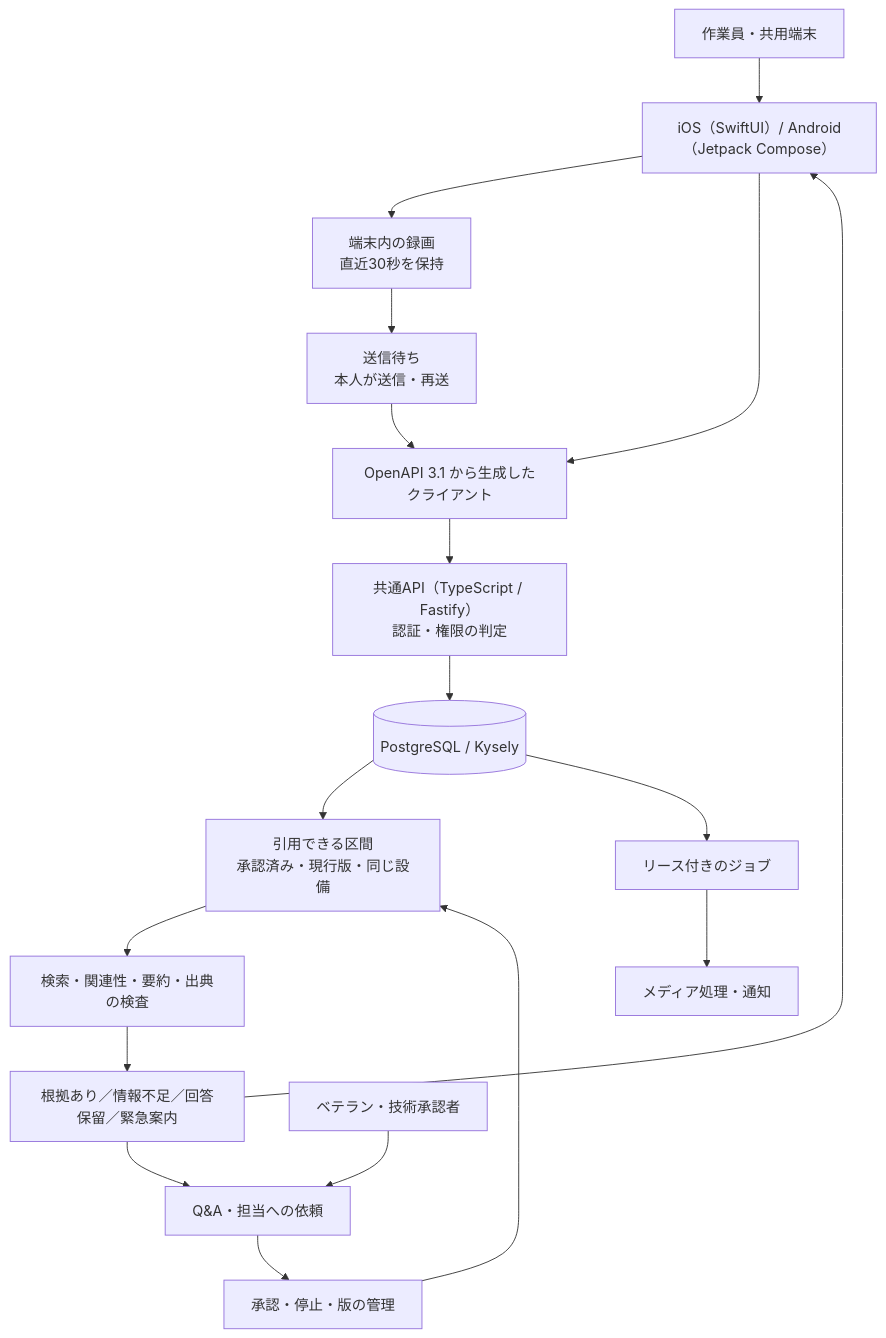
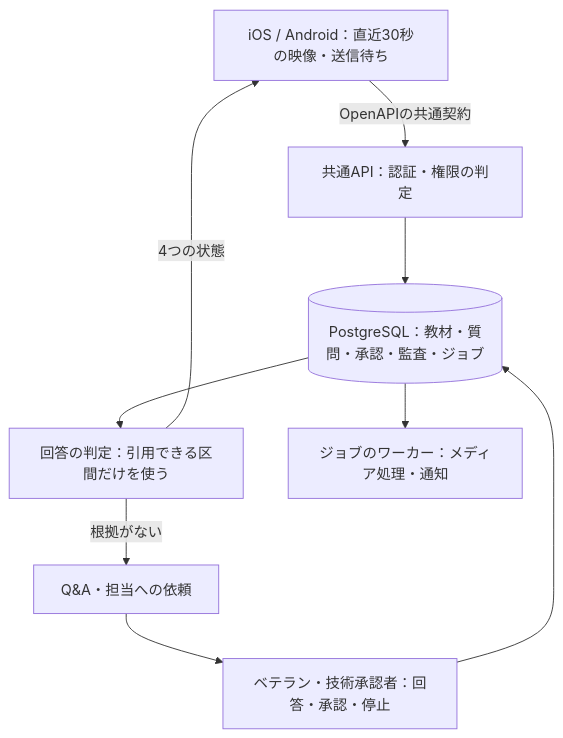
One commit to Technarra/kojo-portfolio changed the first of 2 diagrams in docs/05_architecture.md. Above: the diagram before and after it, drawn with Mermaid. The commit also changed other lines of this file and 1 other file, not shown here.

Commit message:
docs: UXフローとアーキテクチャの図を読みやすい大きさに整える

````diff
--- a/docs/05_architecture.md
+++ b/docs/05_architecture.md
@@ -9,20 +9,11 @@
 ```mermaid
 flowchart TD
-    Worker["作業員・共用端末"] --> Mobile["iOS（SwiftUI）/ Android（Jetpack Compose）"]
-    Mobile --> Buffer["端末内の録画<br/>直近30秒を保持"]
-    Buffer --> Outbox["送信待ち<br/>本人が送信・再送"]
-    Mobile --> Contract["OpenAPI 3.1 から生成したクライアント"]
-    Outbox --> Contract
-    Contract --> API["共通API（TypeScript / Fastify）<br/>認証・権限の判定"]
-    API --> DB[("PostgreSQL / Kysely")]
-    DB --> Sources["引用できる区間<br/>承認済み・現行版・同じ設備"]
-    Sources --> Answer["検索・関連性・要約・出典の検査"]
-    Answer --> Result["根拠あり／情報不足／回答保留／緊急案内"]
-    Result --> Mobile
-    Result --> QA["Q&A・担当への依頼"]
-    Veteran["ベテラン・技術承認者"] --> QA
-    QA --> Approval["承認・停止・版の管理"]
-    Approval --> Sources
-    DB --> Queue["リース付きのジョブ"]
-    Queue --> Media["メディア処理・通知"]
+    Mobile["iOS / Android：直近30秒の映像・送信待ち"] -->|"OpenAPIの共通契約"| API["共通API：認証・権限の判定"]
+    API --> DB[("PostgreSQL：教材・質問・承認・監査・ジョブ")]
+    DB --> Answer["回答の判定：引用できる区間だけを使う"]
+    Answer -->|"4つの状態"| Mobile
+    Answer -->|"根拠がない"| QA["Q&A・担当への依頼"]
+    QA --> Human["ベテラン・技術承認者：回答・承認・停止"]
+    Human --> DB
+    DB --> Jobs["ジョブのワーカー：メディア処理・通知"]
 ```
````
